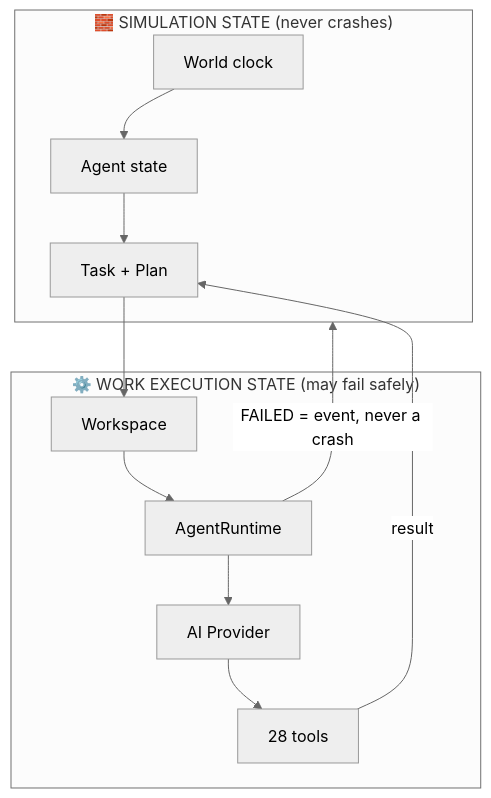
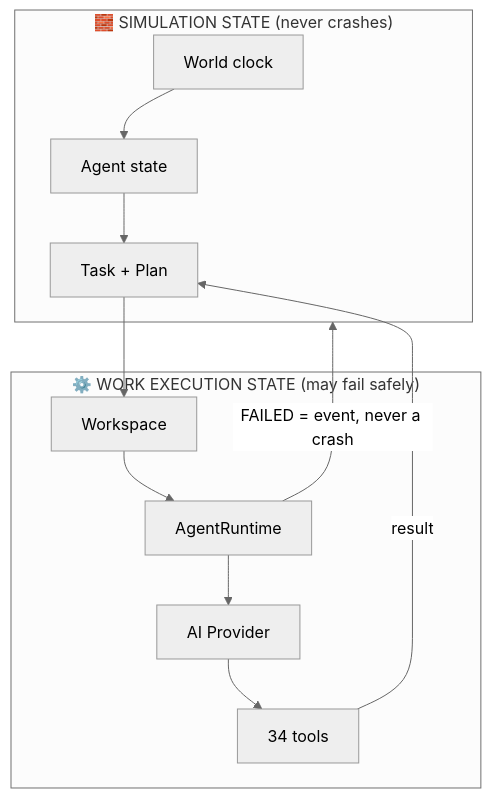
Before and after one commit to MOT1209/AgentWorld: the diagram in README.md, drawn with Mermaid (neutral theme). The commit also changed other lines of this file and 40 other files, not shown here.

````diff
--- a/README.md
+++ b/README.md
@@ -30,17 +30,17 @@
 ```mermaid
 flowchart TB
     subgraph SIM["🧱 SIMULATION STATE (never crashes)"]
         WORLD[World clock]
         AGENT[Agent state]
         TASK[Task + Plan]
     end
     subgraph WORK["⚙️ WORK EXECUTION STATE (may fail safely)"]
         WS[Workspace]
         RUN[AgentRuntime]
         AI[AI Provider]
-        TOOLS[28 tools]
+        TOOLS[34 tools]
     end
     WORLD --> AGENT --> TASK --> WS --> RUN --> AI --> TOOLS
     TOOLS -->|result| TASK
     RUN -->|FAILED = event, never a crash| SIM
 ```
````
